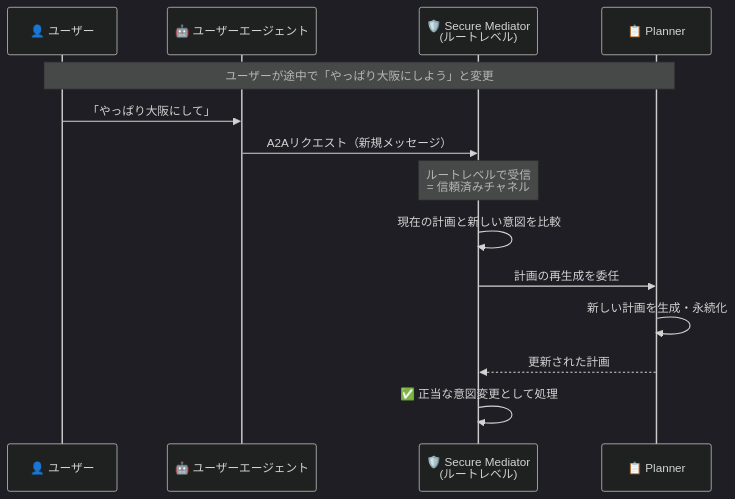
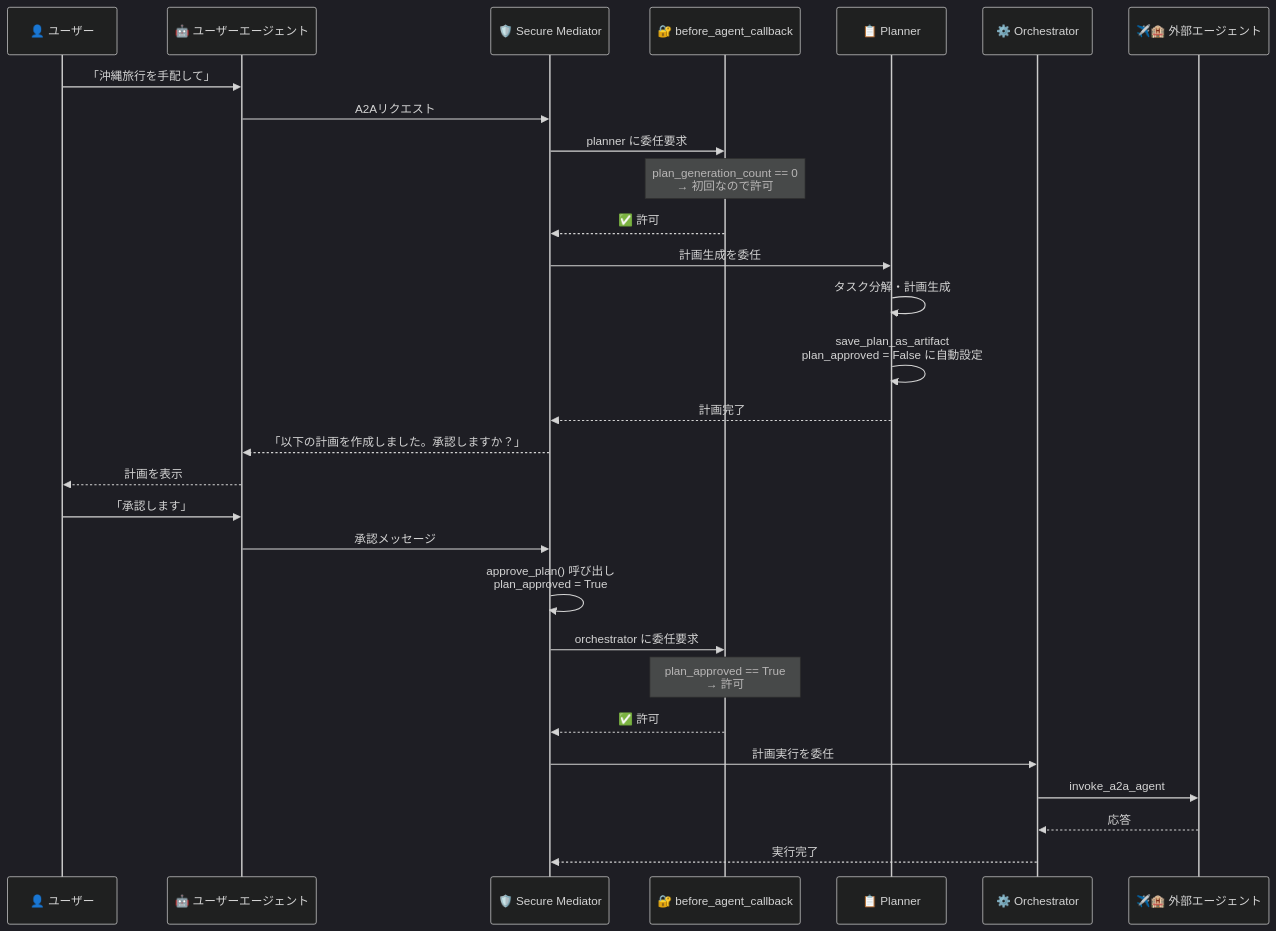
Before and after one commit to TaichiHiromatsu/secure-ai-agent-matching-platform: the tenth of 14 diagrams in docs/GENIAC_PRIZE_QA_final.md, drawn with Mermaid (dark theme). The commit also changed other lines of this file, not shown here.

````diff
--- a/docs/GENIAC_PRIZE_QA_final.md
+++ b/docs/GENIAC_PRIZE_QA_final.md
@@ -325,17 +366,35 @@
 ```mermaid
 sequenceDiagram
     participant U as 👤 ユーザー
     participant UA as 🤖 ユーザーエージェント
-    participant R as 🛡️ Secure Mediator<br/>(ルートレベル)
+    participant R as 🛡️ Secure Mediator
+    participant CB as 🔐 before_agent_callback
     participant P as 📋 Planner
+    participant O as ⚙️ Orchestrator
+    participant E as ✈️🏨 外部エージェント
 
-    Note over U,P: ユーザーが途中で「やっぱり大阪にしよう」と変更
-    U->>UA: 「やっぱり大阪にして」
-    UA->>R: A2Aリクエスト（新規メッセージ）
-    Note over R: ルートレベルで受信<br/>= 信頼済みチャネル
-    R->>R: 現在の計画と新しい意図を比較
-    R->>P: 計画の再生成を委任
-    P->>P: 新しい計画を生成・永続化
-    P-->>R: 更新された計画
-    R->>R: ✅ 正当な意図変更として処理
+    U->>UA: 「沖縄旅行を手配して」
+    UA->>R: A2Aリクエスト
+
+    R->>CB: planner に委任要求
+    Note over CB: plan_generation_count == 0<br/>→ 初回なので許可
+    CB-->>R: ✅ 許可
+    R->>P: 計画生成を委任
+    P->>P: タスク分解・計画生成
+    P->>P: save_plan_as_artifact<br/>plan_approved = False に自動設定
+    P-->>R: 計画完了
+
+    R-->>UA: 「以下の計画を作成しました。承認しますか？」
+    UA-->>U: 計画を表示
+    U->>UA: 「承認します」
+    UA->>R: 承認メッセージ
+    R->>R: approve_plan() 呼び出し<br/>plan_approved = True
+
+    R->>CB: orchestrator に委任要求
+    Note over CB: plan_approved == True<br/>→ 許可
+    CB-->>R: ✅ 許可
+    R->>O: 計画実行を委任
+    O->>E: invoke_a2a_agent
+    E-->>O: 応答
+    O-->>R: 実行完了
 ```
````
